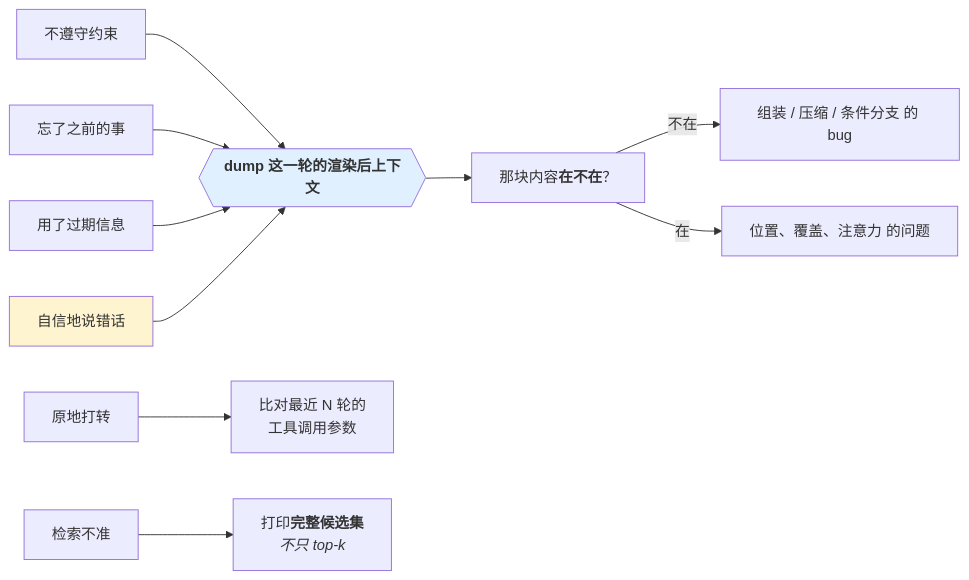
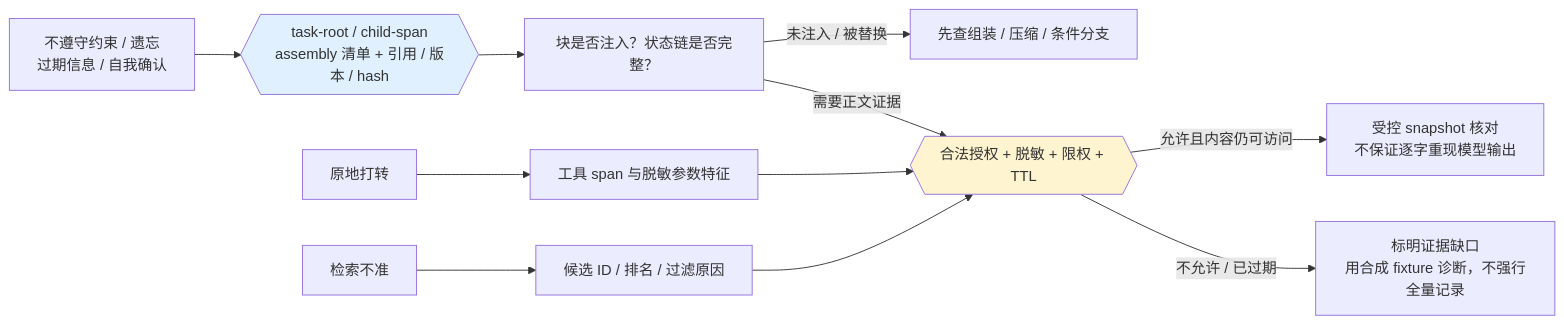
One commit to didadila/ai-agent-handbook changed the fourth of 11 diagrams in handbook/ai-agent/07-失败模式与工程化.md. Above: the diagram before and after it, drawn with Mermaid. The commit also changed other lines of this file and 211 other files, not shown here.

````diff
--- a/handbook/ai-agent/07-失败模式与工程化.md
+++ b/handbook/ai-agent/07-失败模式与工程化.md
@@ -315,18 +319,16 @@
 ```mermaid
 flowchart LR
-    P1["不遵守约束"] --> DUMP
-    P2["忘了之前的事"] --> DUMP
-    P3["用了过期信息"] --> DUMP
-    P4["自信地说错话"] --> DUMP
-    P5["原地打转"] --> CALLS["比对最近 N 轮的<br/>工具调用参数"]
-    P6["检索不准"] --> CAND["打印<b>完整候选集</b><br/><i>不只 top-k</i>"]
+    P1["不遵守约束 / 遗忘<br/>过期信息 / 自我确认"] --> META
+    P5["原地打转"] --> CALLS["工具 span 与脱敏参数特征"]
+    P6["检索不准"] --> CAND["候选 ID / 排名 / 过滤原因"]
+    META{{"task-root / child-span<br/>assembly 清单 + 引用 / 版本 / hash"}} --> Q1["块是否注入？状态链是否完整？"]
+    Q1 -->|"未注入 / 被替换"| C1["先查组装 / 压缩 / 条件分支"]
+    Q1 -->|"需要正文证据"| AUTH{{"合法授权 + 脱敏 + 限权 + TTL"}}
+    CALLS --> AUTH
+    CAND --> AUTH
+    AUTH -->|"允许且内容仍可访问"| SNAP["受控 snapshot 核对<br/>不保证逐字重现模型输出"]
+    AUTH -->|"不允许 / 已过期"| GAP["标明证据缺口<br/>用合成 fixture 诊断，不强行全量记录"]
 
-    DUMP{{"<b>dump 这一轮的渲染后上下文</b>"}}
-
-    DUMP --> Q1["那块内容<b>在不在</b>？"]
-    Q1 -->|"不在"| C1["组装 / 压缩 / 条件分支 的 bug"]
-    Q1 -->|"在"| C2["位置、覆盖、注意力 的问题"]
-
-    style DUMP fill:#e0f0ff
-    style P4 fill:#fff4d0
+    style META fill:#e0f0ff
+    style AUTH fill:#fff4d0
 ```
````
